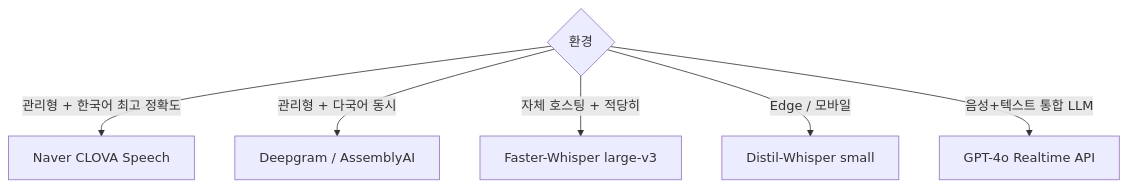
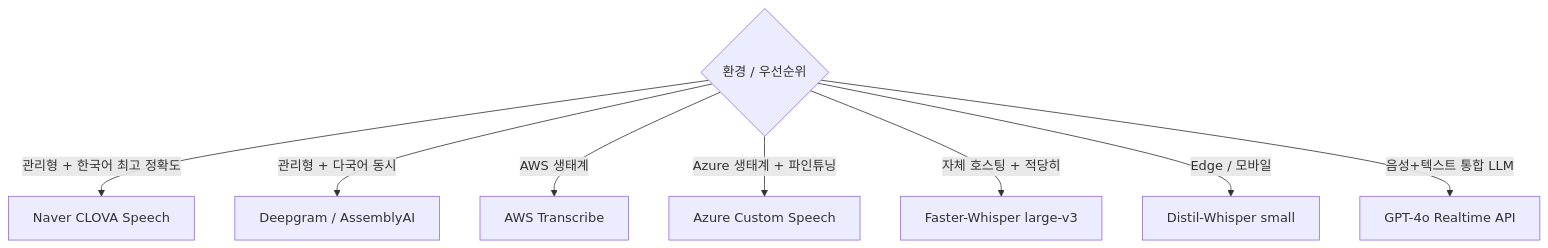
The third of 3 diagrams in src/content/wiki/voice/stt-models-overview.mdx (shinkeonkim/shinkeonkim.github.io), drawn with Mermaid before and after one commit. The commit also changed other lines of this file and 526 other files, not shown here.

First line of the commit message:
content(wiki): 전수조사 및 대규모 보강 (짧은 파일 0, mermaid +645)

````diff
--- a/src/content/wiki/voice/stt-models-overview.mdx
+++ b/src/content/wiki/voice/stt-models-overview.mdx
@@ -81,9 +215,11 @@
 ```mermaid
 flowchart TD
-    Q{환경}
-    Q -->|관리형 + 한국어 최고 정확도| CLOVA[Naver CLOVA Speech]
-    Q -->|관리형 + 다국어 동시| Deepgram[Deepgram / AssemblyAI]
-    Q -->|자체 호스팅 + 적당히| Faster[Faster-Whisper large-v3]
-    Q -->|Edge / 모바일| Distil[Distil-Whisper small]
-    Q -->|음성+텍스트 통합 LLM| GPT4o[GPT-4o Realtime API]
+    Q{"환경 / 우선순위"}
+    Q -->|"관리형 + 한국어 최고 정확도"| CLOVA["Naver CLOVA Speech"]
+    Q -->|"관리형 + 다국어 동시"| Deepgram["Deepgram / AssemblyAI"]
+    Q -->|"AWS 생태계"| AWSt["AWS Transcribe"]
+    Q -->|"Azure 생태계 + 파인튜닝"| Azure["Azure Custom Speech"]
+    Q -->|"자체 호스팅 + 적당히"| Faster["Faster-Whisper large-v3"]
+    Q -->|"Edge / 모바일"| Distil["Distil-Whisper small"]
+    Q -->|"음성+텍스트 통합 LLM"| GPT4o["GPT-4o Realtime API"]
 ```
````
